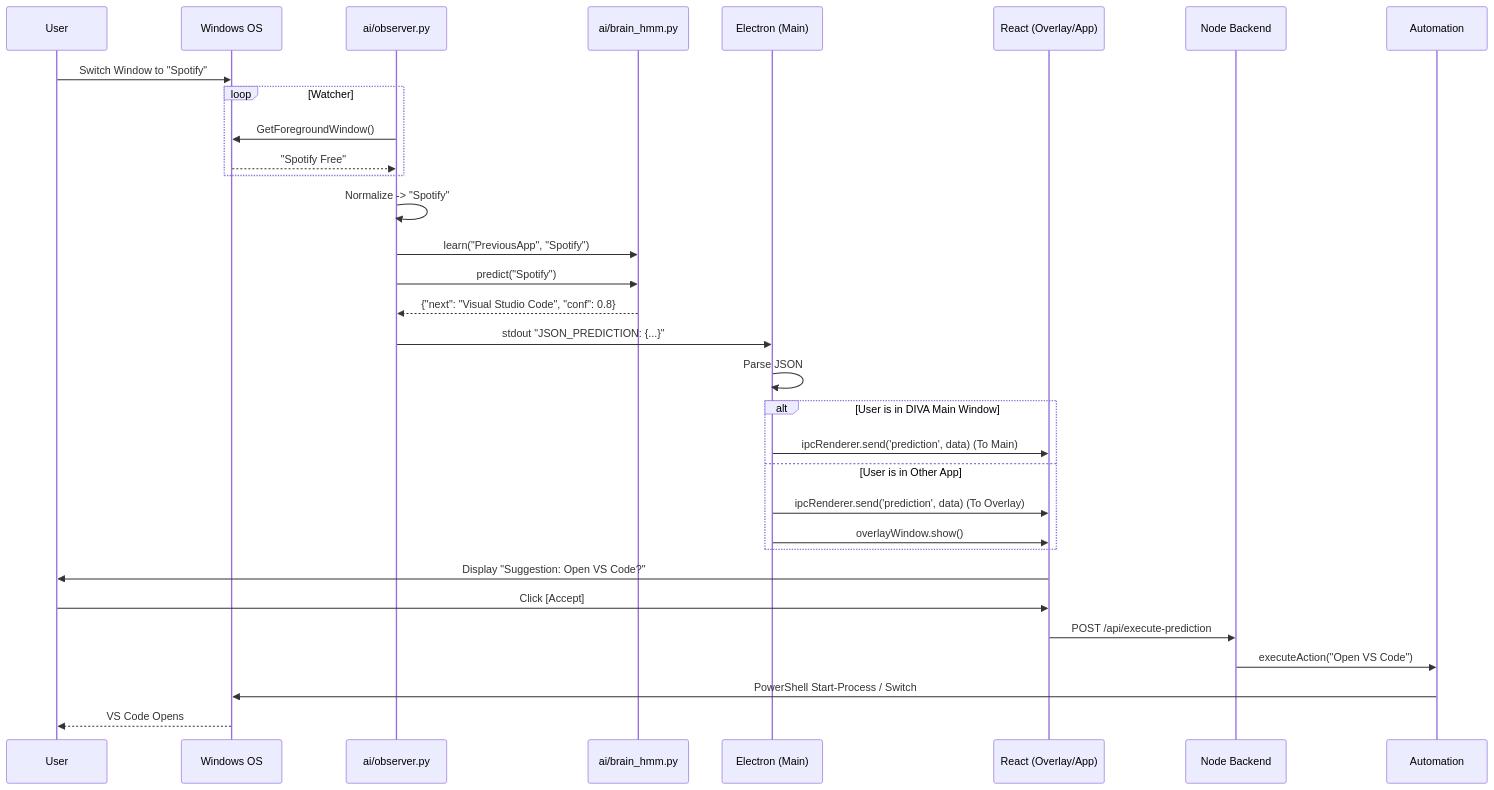
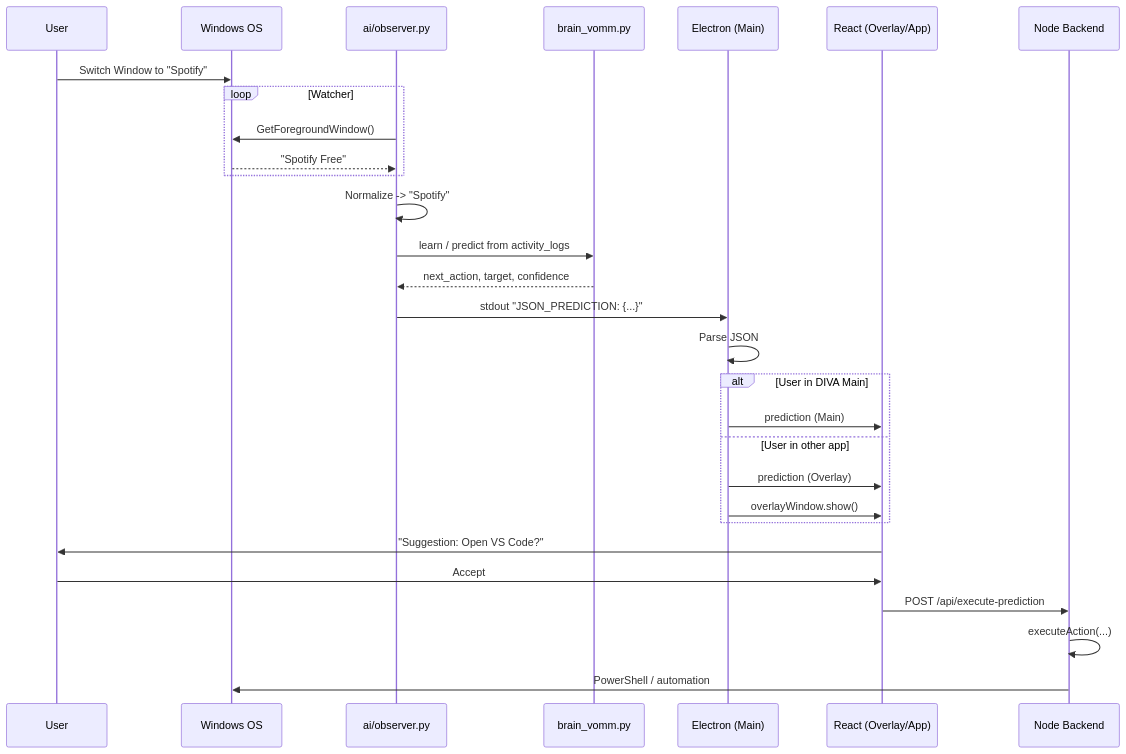
The first of 3 diagrams in docs/SYSTEM_ARCHITECTURE.md (fayasasis/DIVA), drawn with Mermaid before and after one commit. The commit also changed other lines of this file and 7 other files, not shown here.

````diff
--- a/docs/SYSTEM_ARCHITECTURE.md
+++ b/docs/SYSTEM_ARCHITECTURE.md
@@ -126,39 +217,32 @@
 ```mermaid
 sequenceDiagram
     participant User
     participant OS as Windows OS
     participant Observer as ai/observer.py
-    participant Brain as ai/brain_hmm.py
+    participant VOMM as brain_vomm.py
     participant Electron as Electron (Main)
     participant UI as React (Overlay/App)
     participant Backend as Node Backend
 
     User->>OS: Switch Window to "Spotify"
     Loop Watcher
         Observer->>OS: GetForegroundWindow()
         OS-->>Observer: "Spotify Free"
-    End
-    
+    end
     Observer->>Observer: Normalize -> "Spotify"
-    Observer->>Brain: learn("PreviousApp", "Spotify")
-    Observer->>Brain: predict("Spotify")
-    Brain-->>Observer: {"next": "Visual Studio Code", "conf": 0.8}
-    
+    Observer->>VOMM: learn / predict from activity_logs
+    VOMM-->>Observer: next_action, target, confidence
     Observer->>Electron: stdout "JSON_PREDICTION: {...}"
     Electron->>Electron: Parse JSON
-    
-    Alt User is in DIVA Main Window
-        Electron->>UI: ipcRenderer.send('prediction', data) (To Main)
-    Else User is in Other App
-        Electron->>UI: ipcRenderer.send('prediction', data) (To Overlay)
+    alt User in DIVA Main
+        Electron->>UI: prediction (Main)
+    else User in other app
+        Electron->>UI: prediction (Overlay)
         Electron->>UI: overlayWindow.show()
-    End
-
-    UI->>User: Display "Suggestion: Open VS Code?"
-    
-    User->>UI: Click [Accept]
+    end
+    UI->>User: "Suggestion: Open VS Code?"
+    User->>UI: Accept
     UI->>Backend: POST /api/execute-prediction
-    Backend->>Automation: executeAction("Open VS Code")
-    Automation->>OS: PowerShell Start-Process / Switch
-    OS-->>User: VS Code Opens
+    Backend->>Backend: executeAction(...)
+    Backend->>OS: PowerShell / automation
 ```
````
